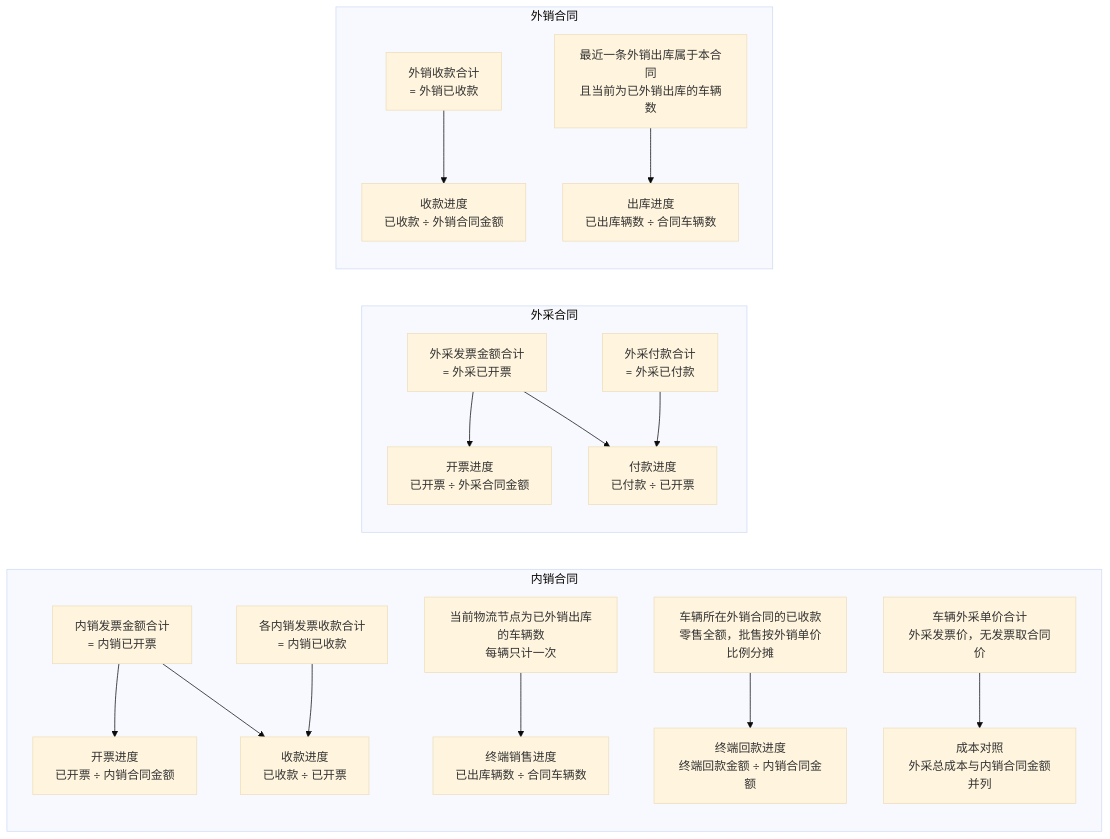
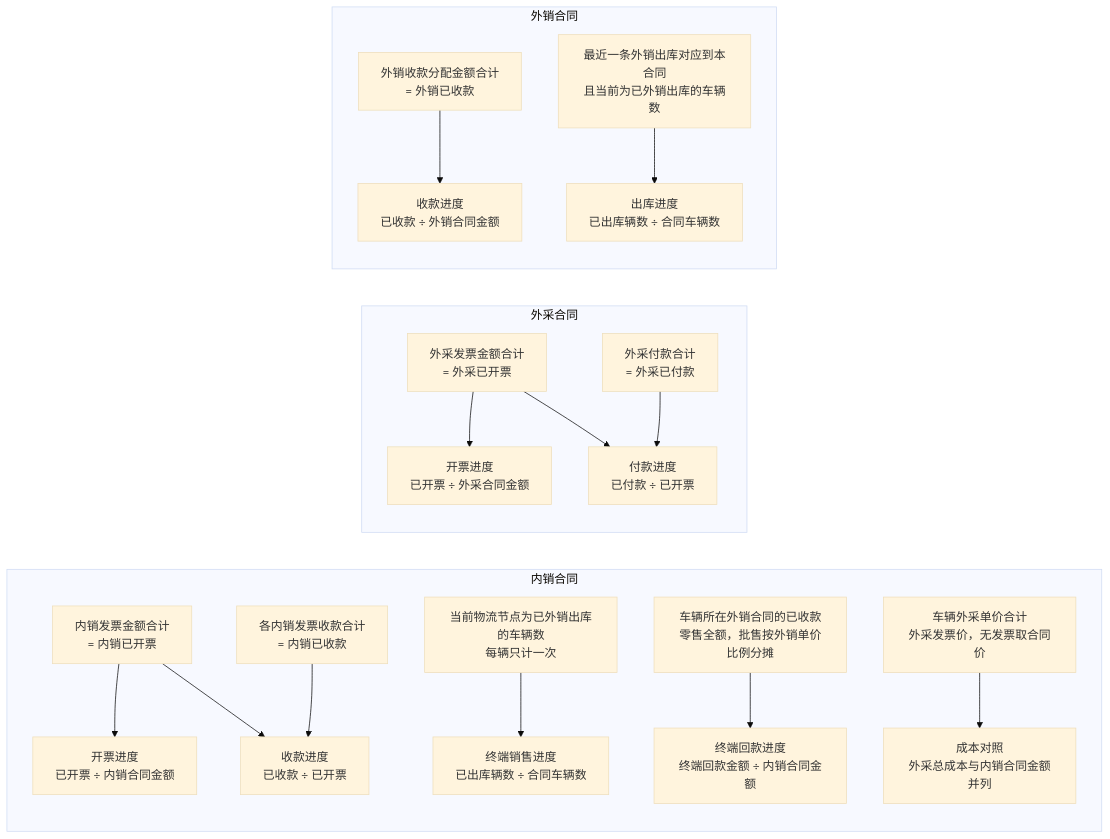
The third of 3 diagrams in asset-trust-platform/PRD/运营端/M4-合同信息/02-合同信息-流程图与状态机.md (wxblockchain/Chain-Financing), drawn with Mermaid (base theme) before and after one commit. The commit also changed other lines of this file and 3 other files, not shown here.

````diff
--- a/asset-trust-platform/PRD/运营端/M4-合同信息/02-合同信息-流程图与状态机.md
+++ b/asset-trust-platform/PRD/运营端/M4-合同信息/02-合同信息-流程图与状态机.md
@@ -72,20 +72,20 @@
 ```mermaid
 flowchart LR
     subgraph 内销合同
       DINV[内销发票金额合计<br/>= 内销已开票] --> DP1[开票进度<br/>已开票 ÷ 内销合同金额]
       DREC[各内销发票收款合计<br/>= 内销已收款] --> DP2[收款进度<br/>已收款 ÷ 已开票]
       DINV --> DP2
       DOUT[当前物流节点为已外销出库的车辆数<br/>每辆只计一次] --> DP3[终端销售进度<br/>已出库辆数 ÷ 合同车辆数]
       DEXR[车辆所在外销合同的已收款<br/>零售全额，批售按外销单价比例分摊] --> DP4[终端回款进度<br/>终端回款金额 ÷ 内销合同金额]
       DCOST[车辆外采单价合计<br/>外采发票价，无发票取合同价] --> DTC[成本对照<br/>外采总成本与内销合同金额并列]
     end
     subgraph 外采合同
       PINV[外采发票金额合计<br/>= 外采已开票] --> PP1[开票进度<br/>已开票 ÷ 外采合同金额]
       PPAY[外采付款合计<br/>= 外采已付款] --> PP2[付款进度<br/>已付款 ÷ 已开票]
       PINV --> PP2
     end
     subgraph 外销合同
-      EREC[外销收款合计<br/>= 外销已收款] --> EP1[收款进度<br/>已收款 ÷ 外销合同金额]
-      EOUT[最近一条外销出库属于本合同<br/>且当前为已外销出库的车辆数] --> EP2[出库进度<br/>已出库辆数 ÷ 合同车辆数]
+      EREC[外销收款分配金额合计<br/>= 外销已收款] --> EP1[收款进度<br/>已收款 ÷ 外销合同金额]
+      EOUT[最近一条外销出库对应到本合同<br/>且当前为已外销出库的车辆数] --> EP2[出库进度<br/>已出库辆数 ÷ 合同车辆数]
     end
 ```
````
